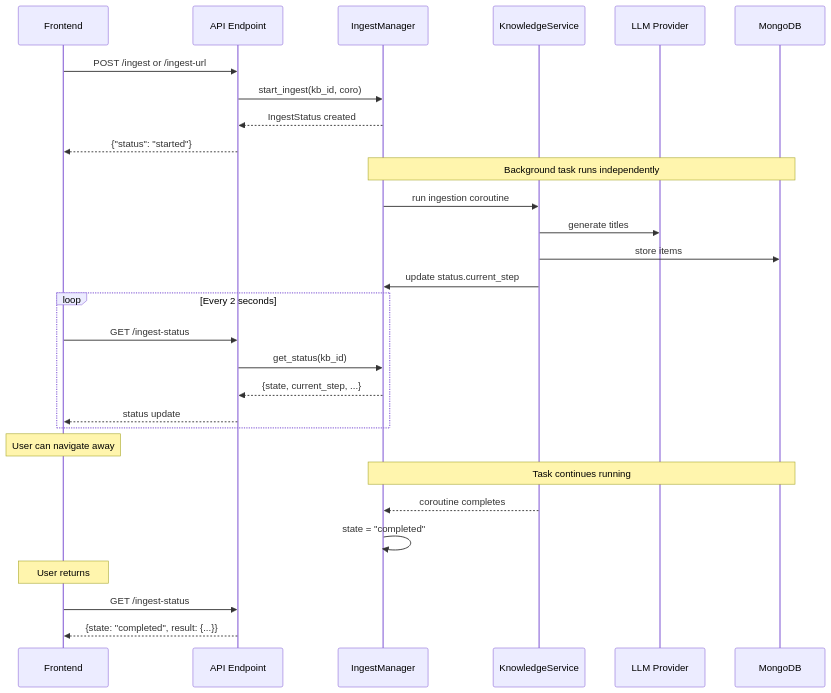
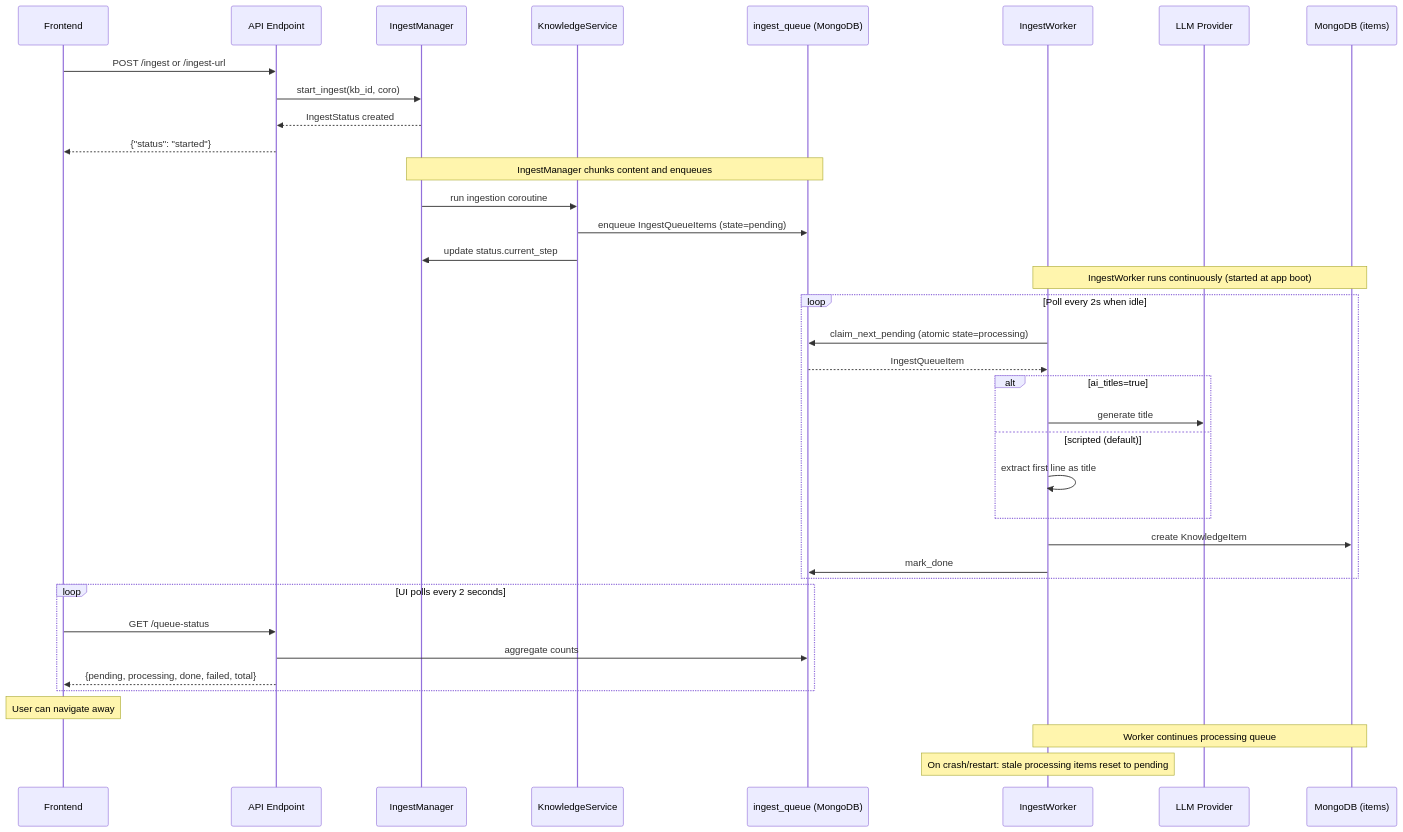
Before and after one commit to 0xdiNGo/kabAI: the eighth of 11 diagrams in docs/knowledge-ingestion.md, drawn with Mermaid. The commit also changed other lines of this file and 7 other files, not shown here.

````diff
--- a/docs/knowledge-ingestion.md
+++ b/docs/knowledge-ingestion.md
@@ -256,38 +267,47 @@
 ```mermaid
 sequenceDiagram
     participant UI as Frontend
     participant API as API Endpoint
     participant IM as IngestManager
     participant KS as KnowledgeService
+    participant Q as ingest_queue (MongoDB)
+    participant IW as IngestWorker
     participant LLM as LLM Provider
-    participant DB as MongoDB
+    participant DB as MongoDB (items)
 
     UI->>API: POST /ingest or /ingest-url
     API->>IM: start_ingest(kb_id, coro)
     IM-->>API: IngestStatus created
     API-->>UI: {"status": "started"}
     
-    Note over IM,DB: Background task runs independently
+    Note over IM,Q: IngestManager chunks content and enqueues
     
     IM->>KS: run ingestion coroutine
-    KS->>LLM: generate titles
-    KS->>DB: store items
+    KS->>Q: enqueue IngestQueueItems (state=pending)
     KS->>IM: update status.current_step
     
-    loop Every 2 seconds
-        UI->>API: GET /ingest-status
-        API->>IM: get_status(kb_id)
-        IM-->>API: {state, current_step, ...}
-        API-->>UI: status update
+    Note over IW,DB: IngestWorker runs continuously (started at app boot)
+    
+    loop Poll every 2s when idle
+        IW->>Q: claim_next_pending (atomic state=processing)
+        Q-->>IW: IngestQueueItem
+        alt ai_titles=true
+            IW->>LLM: generate title
+        else scripted (default)
+            IW->>IW: extract first line as title
+        end
+        IW->>DB: create KnowledgeItem
+        IW->>Q: mark_done
+    end
+    
+    loop UI polls every 2 seconds
+        UI->>API: GET /queue-status
+        API->>Q: aggregate counts
+        API-->>UI: {pending, processing, done, failed, total}
     end
     
     Note over UI: User can navigate away
-    Note over IM,DB: Task continues running
+    Note over IW,DB: Worker continues processing queue
     
-    KS-->>IM: coroutine completes
-    IM->>IM: state = "completed"
-    
-    Note over UI: User returns
-    UI->>API: GET /ingest-status
-    API-->>UI: {state: "completed", result: {...}}
+    Note over IW: On crash/restart: stale processing items reset to pending
 ```
````
